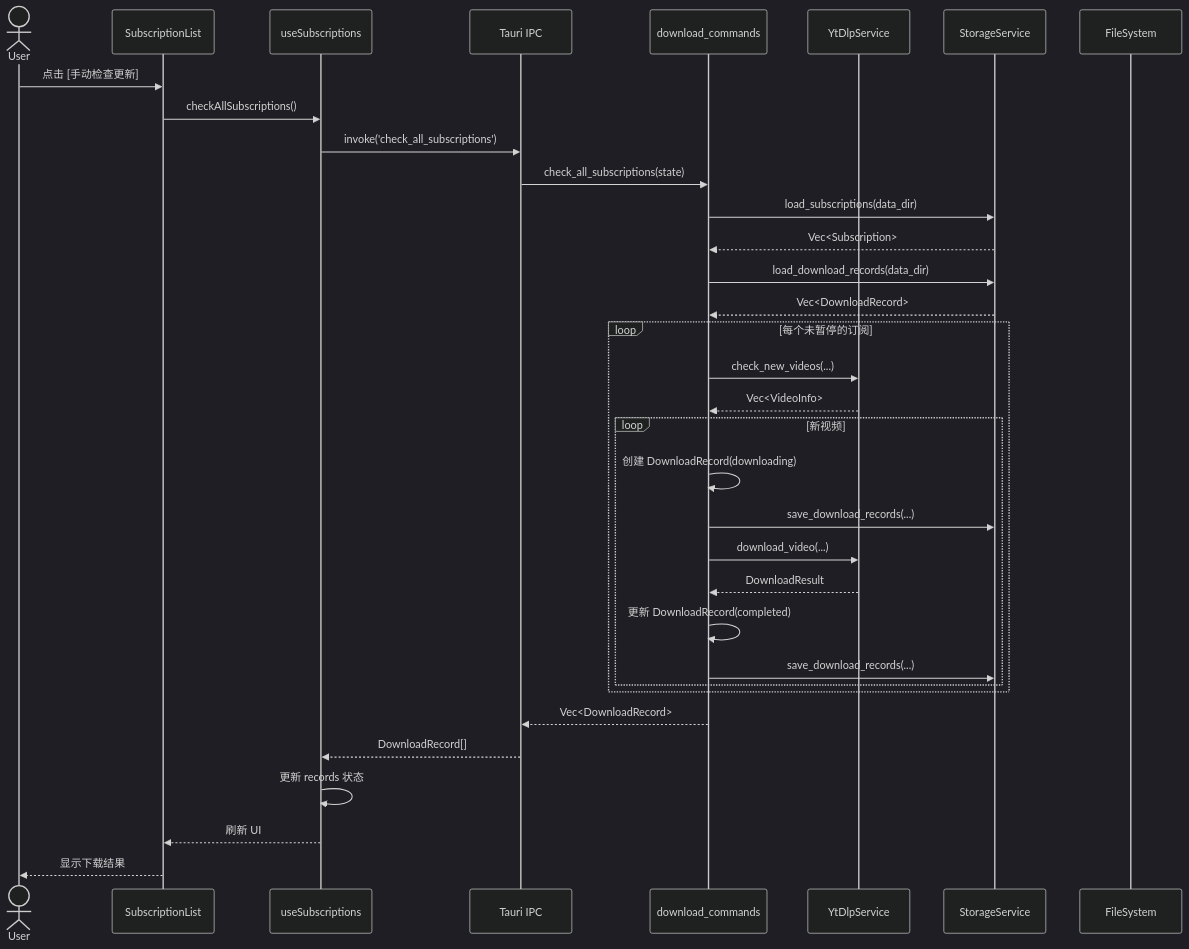
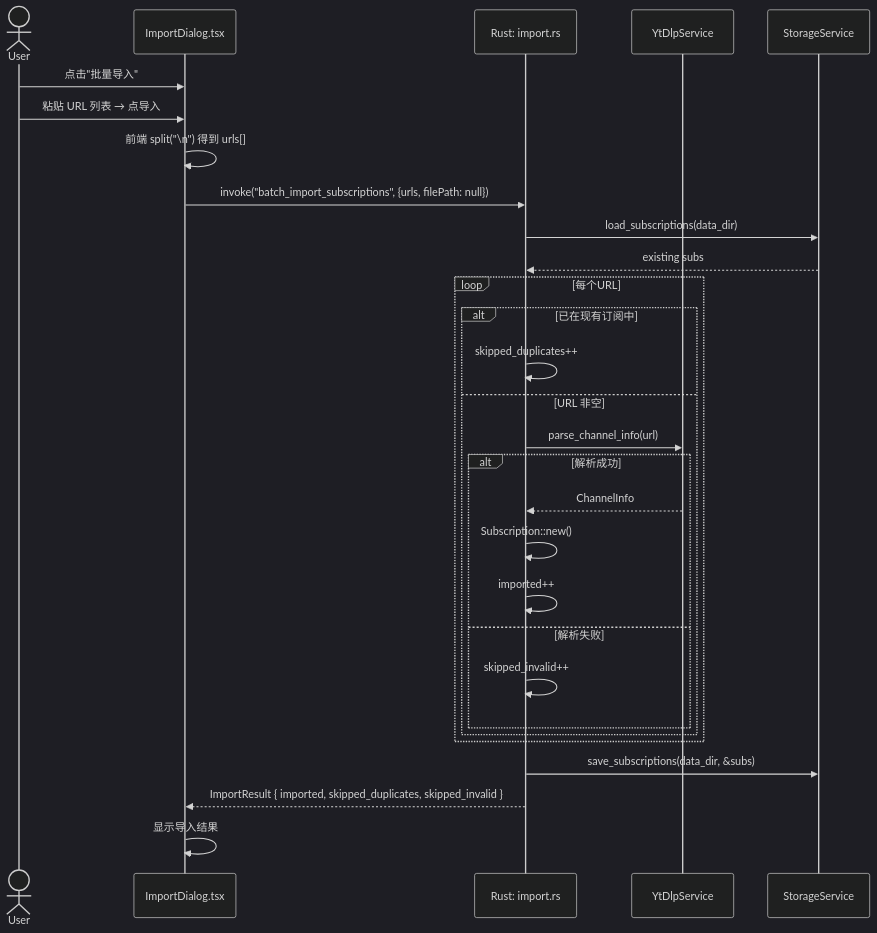
One commit to yysfire/yt-dlp-gui changed the fourth of 7 diagrams in docs/system_design.md. Above: the diagram before and after it, drawn with Mermaid (dark theme). The commit also changed other lines of this file and 27 other files, not shown here.

````diff
--- a/docs/system_design.md
+++ b/docs/system_design.md
@@ -531,39 +269,32 @@
 ```mermaid
 sequenceDiagram
     actor User
-    participant List as SubscriptionList
-    participant Hook as useSubscriptions
-    participant Tauri as Tauri IPC
-    participant Cmd as download_commands
+    participant ImportDialog as ImportDialog.tsx
+    participant Tauri as Rust: import.rs
     participant YtDlp as YtDlpService
     participant Storage as StorageService
-    participant FS as FileSystem
 
-    User->>List: 点击 [手动检查更新]
-    List->>Hook: checkAllSubscriptions()
-    Hook->>Tauri: invoke('check_all_subscriptions')
-    Tauri->>Cmd: check_all_subscriptions(state)
-    Cmd->>Storage: load_subscriptions(data_dir)
-    Storage-->>Cmd: Vec<Subscription>
-    Cmd->>Storage: load_download_records(data_dir)
-    Storage-->>Cmd: Vec<DownloadRecord>
-
-    loop 每个未暂停的订阅
-        Cmd->>YtDlp: check_new_videos(...)
-        YtDlp-->>Cmd: Vec<VideoInfo>
-        loop 新视频
-            Cmd->>Cmd: 创建 DownloadRecord(downloading)
-            Cmd->>Storage: save_download_records(...)
-            Cmd->>YtDlp: download_video(...)
-            YtDlp-->>Cmd: DownloadResult
-            Cmd->>Cmd: 更新 DownloadRecord(completed)
-            Cmd->>Storage: save_download_records(...)
+    User->>ImportDialog: 点击"批量导入"
+    User->>ImportDialog: 粘贴 URL 列表 → 点导入
+    ImportDialog->>ImportDialog: 前端 split("\n") 得到 urls[]
+    ImportDialog->>Tauri: invoke("batch_import_subscriptions", {urls, filePath: null})
+    Tauri->>Storage: load_subscriptions(data_dir)
+    Storage-->>Tauri: existing subs
+    loop 每个URL
+        alt 已在现有订阅中
+            Tauri->>Tauri: skipped_duplicates++
+        else URL 非空
+            Tauri->>YtDlp: parse_channel_info(url)
+            alt 解析成功
+                YtDlp-->>Tauri: ChannelInfo
+                Tauri->>Tauri: Subscription::new()
+                Tauri->>Tauri: imported++
+            else 解析失败
+                Tauri->>Tauri: skipped_invalid++
+            end
         end
     end
-
-    Cmd-->>Tauri: Vec<DownloadRecord>
-    Tauri-->>Hook: DownloadRecord[]
-    Hook->>Hook: 更新 records 状态
-    Hook-->>List: 刷新 UI
-    List-->>User: 显示下载结果
+    Tauri->>Storage: save_subscriptions(data_dir, &subs)
+    Tauri-->>ImportDialog: ImportResult { imported, skipped_duplicates, skipped_invalid }
+    ImportDialog->>ImportDialog: 显示导入结果
 ```
````
